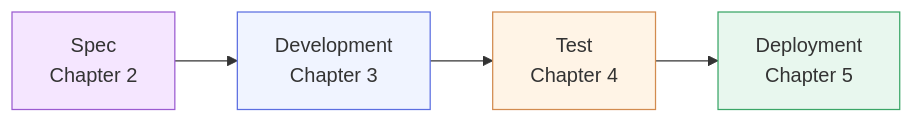
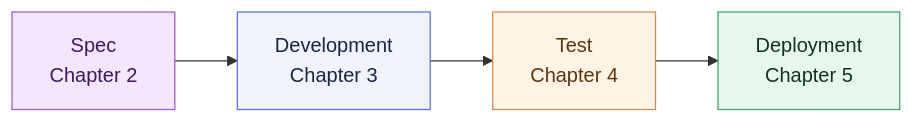
One commit to LinkedInLearning/docker-for-local-ai-app-development-build-lightweight-containerized-ai-applications-11189001 changed the first of 3 diagrams in chapter_1/l4/README.md. Above: the diagram before and after it, drawn with Mermaid. The commit also changed other lines of this file and 25 other files, not shown here.

````diff
--- a/chapter_1/l4/README.md
+++ b/chapter_1/l4/README.md
@@ -20,16 +20,16 @@
 ```mermaid
 flowchart LR
     S[Spec<br/>Chapter 2] --> D[Development<br/>Chapter 3]
     D --> T[Test<br/>Chapter 4]
     T --> P[Deployment<br/>Chapter 5]
 
-    classDef plan    fill:#f5e6ff,stroke:#9b5bd1,stroke-width:1px;
-    classDef dev     fill:#f0f4ff,stroke:#5b6ee1,stroke-width:1px;
-    classDef action  fill:#fff4e6,stroke:#d28b4f,stroke-width:1px;
-    classDef runtime fill:#e8f7ee,stroke:#3aa667,stroke-width:1px;
+    classDef plan    fill:#f5e6ff,stroke:#9b5bd1,stroke-width:1px,color:#3d1a5c;
+    classDef dev     fill:#f0f4ff,stroke:#5b6ee1,stroke-width:1px,color:#1a2440;
+    classDef action  fill:#fff4e6,stroke:#d28b4f,stroke-width:1px,color:#5c3410;
+    classDef runtime fill:#e8f7ee,stroke:#3aa667,stroke-width:1px,color:#12341f;
 
     class S plan
     class D dev
     class T action
     class P runtime
 ```
````
